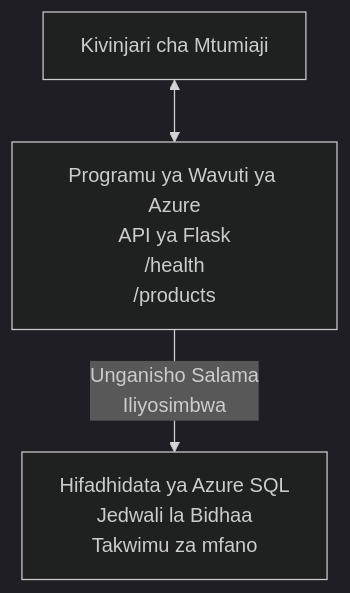
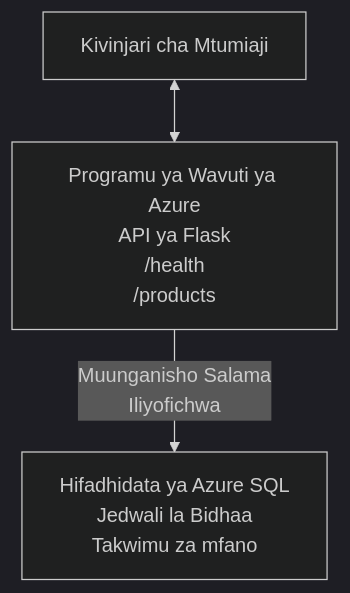
One commit to microsoft/AZD-for-beginners changed the diagram in translations/sw/examples/database-app/README.md. Above: the diagram before and after it, drawn with Mermaid (dark theme). The commit also changed other lines of this file and 101 other files, not shown here.

````diff
--- a/translations/sw/examples/database-app/README.md
+++ b/translations/sw/examples/database-app/README.md
@@ -72,5 +72,5 @@
 ```mermaid
 graph TD
     Browser[Kivinjari cha Mtumiaji] <--> WebApp[Programu ya Wavuti ya Azure<br/>API ya Flask<br/>/health<br/>/products]
-    WebApp -- Unganisho Salama<br/>Iliyosimbwa --> SQL[Hifadhidata ya Azure SQL<br/>Jedwali la Bidhaa<br/>Takwimu za mfano]
+    WebApp -- Muunganisho Salama<br/>Iliyofichwa --> SQL[Hifadhidata ya Azure SQL<br/>Jedwali la Bidhaa<br/>Takwimu za mfano]
 ```
````
